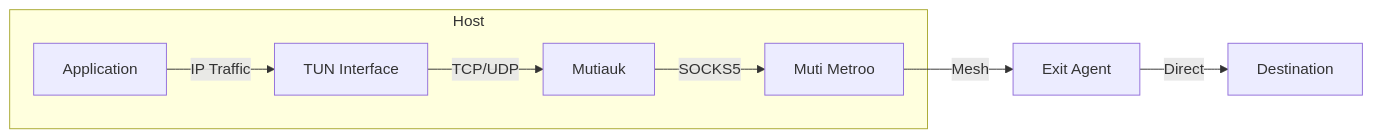
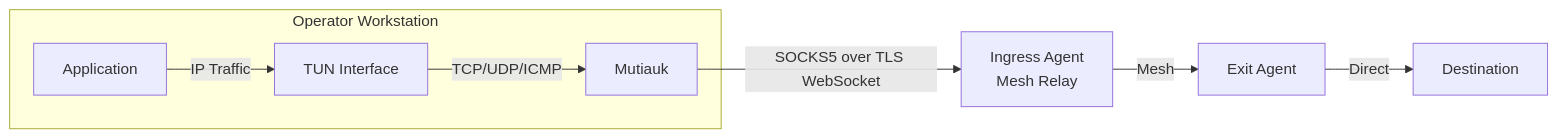
The first of 2 diagrams in user-manual/src/10-tun-interface.md (Muti-Metroo/Muti-Metroo), drawn with Mermaid before and after one commit. The commit also changed other lines of this file and 36 other files, not shown here.

First line of the commit message:
docs: present Mutiauk as the operator entry point of the suite

````diff
--- a/user-manual/src/10-tun-interface.md
+++ b/user-manual/src/10-tun-interface.md
@@ -20,10 +20,10 @@
 ```mermaid
 flowchart LR
-    subgraph Host
+    subgraph Host[Operator Workstation]
         App[Application] -->|IP Traffic| TUN[TUN Interface]
-        TUN -->|TCP/UDP| Mutiauk
-        Mutiauk -->|SOCKS5| MM[Muti Metroo]
+        TUN -->|TCP/UDP/ICMP| Mutiauk
     end
+    Mutiauk -->|SOCKS5 over TLS WebSocket| MM[Ingress Agent<br/>Mesh Relay]
     MM -->|Mesh| Exit[Exit Agent]
     Exit -->|Direct| Dest[Destination]
 ```
````
